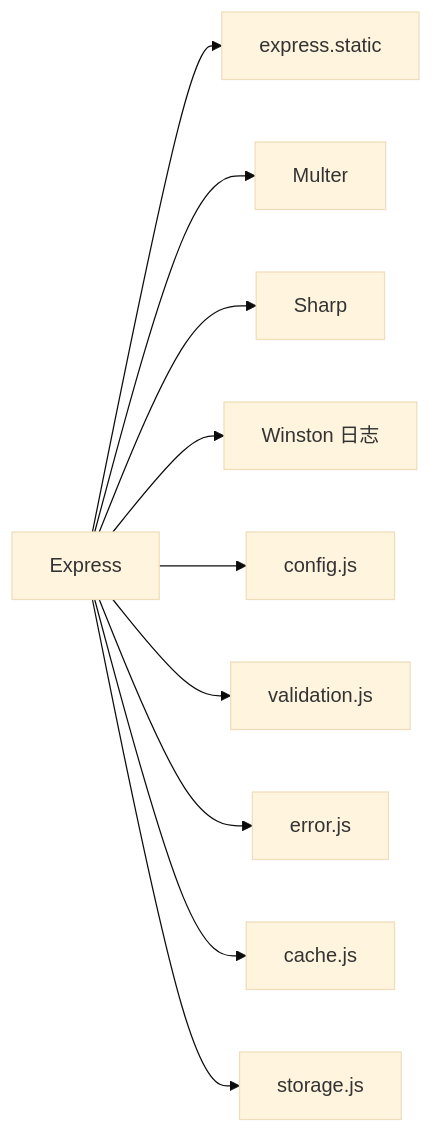
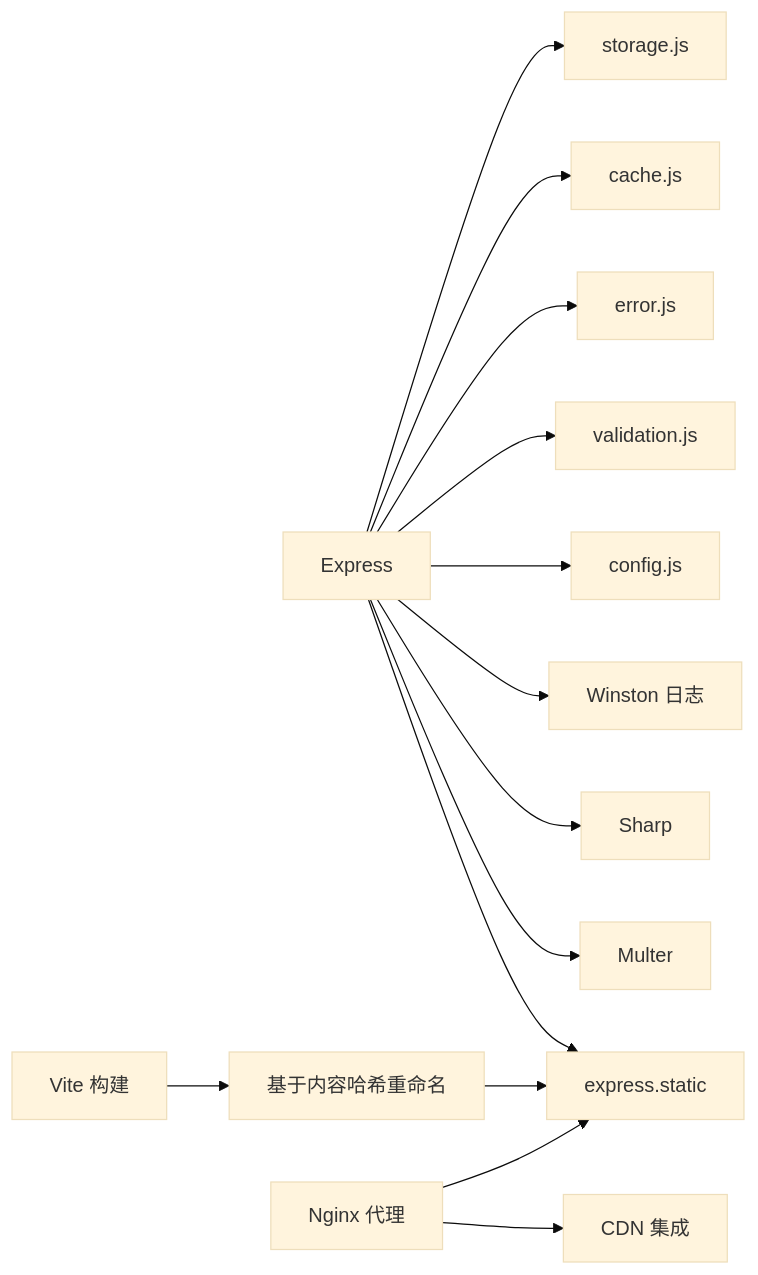
Before and after one commit to Giraffe-Han/microAPP: the fifth of 5 diagrams in .qoder/repowiki/zh/content/后端服务架构/核心服务模块/静态文件服务.md, drawn with Mermaid (base theme). The commit also changed other lines of this file and 176 other files, not shown here.

````diff
--- a/.qoder/repowiki/zh/content/后端服务架构/核心服务模块/静态文件服务.md
+++ b/.qoder/repowiki/zh/content/后端服务架构/核心服务模块/静态文件服务.md
@@ -264,12 +327,16 @@
 ```mermaid
 graph LR
 Express["Express"] --> Static["express.static"]
 Express --> Multer["Multer"]
 Express --> Sharp["Sharp"]
 Express --> Winston["Winston 日志"]
 Express --> Config["config.js"]
 Express --> Validation["validation.js"]
 Express --> Error["error.js"]
 Express --> Cache["cache.js"]
 Express --> Storage["storage.js"]
+Vite["Vite 构建"] --> Hash["基于内容哈希重命名"]
+Nginx["Nginx 代理"] --> CDN["CDN 集成"]
+Hash --> Static
+Nginx --> Static
 ```
````
